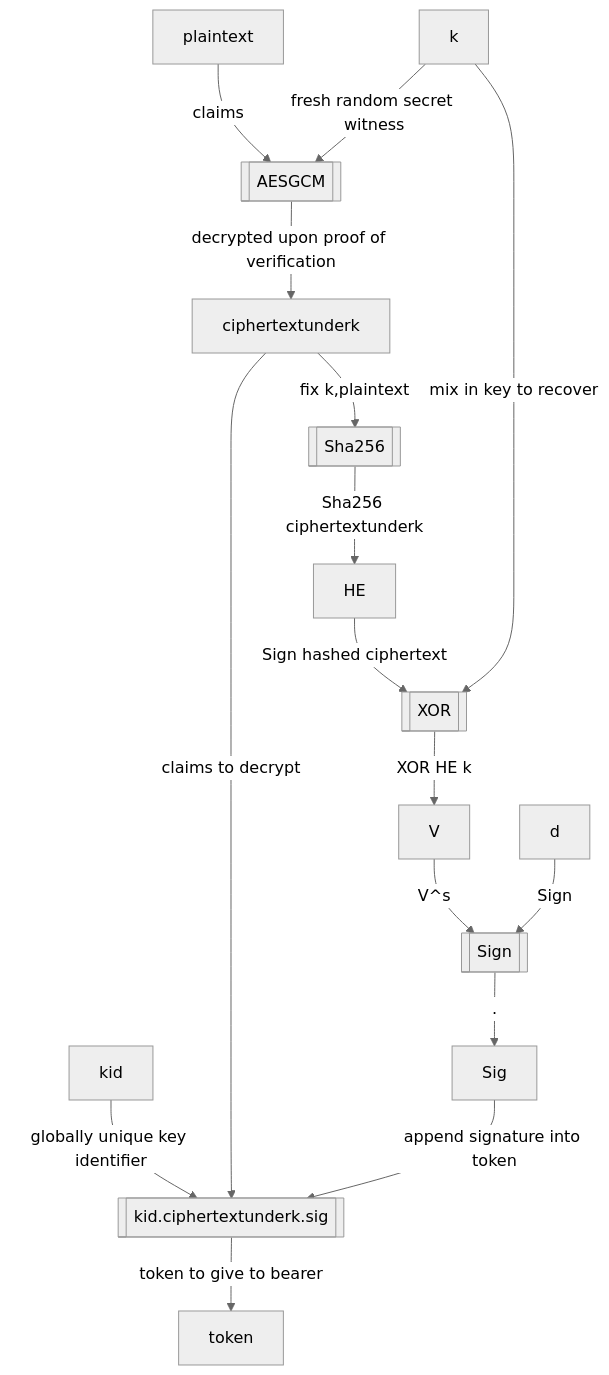
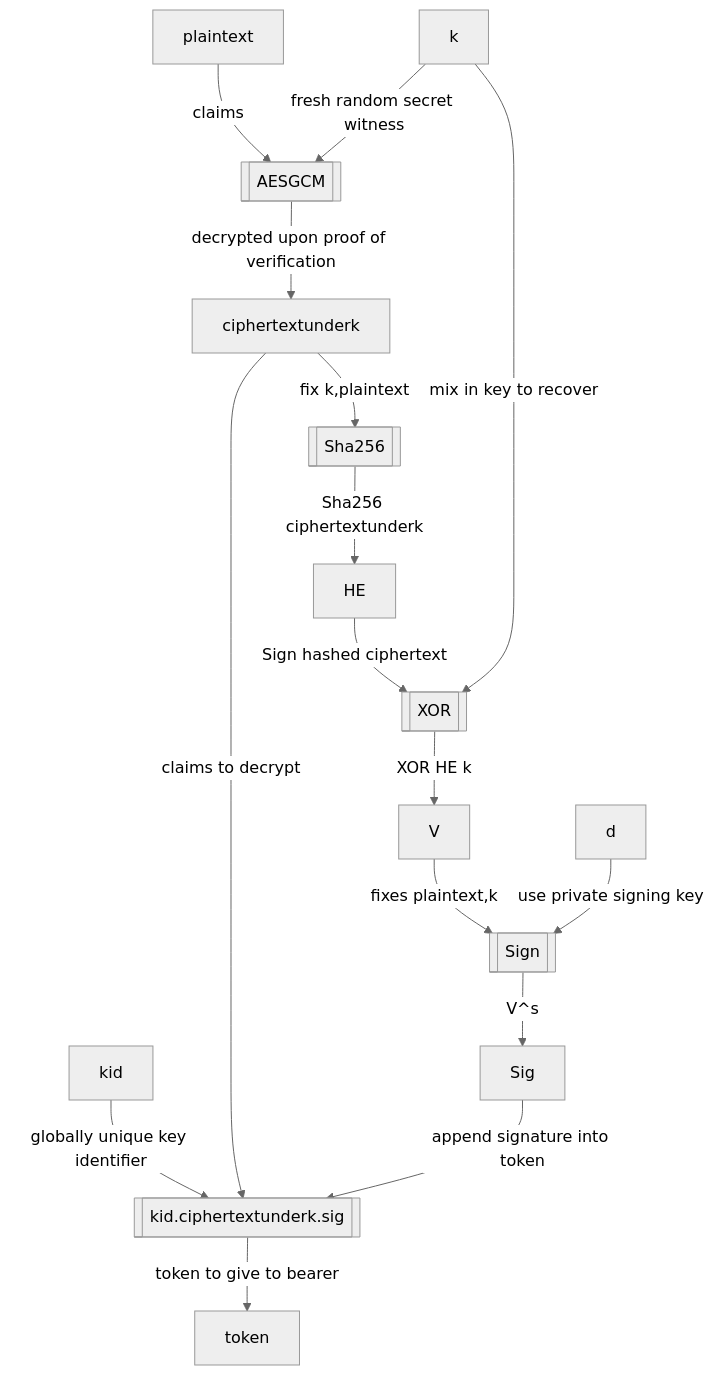
The second of 2 diagrams in README.md (rfielding/whiskeyTango), drawn with Mermaid (neutral theme) before and after one commit.

Commit message:
update diagram

````diff
--- a/README.md
+++ b/README.md
@@ -94,23 +94,23 @@
 ```mermaid
 flowchart TB
   AESGCM[[AESGCM]]
   APPENDB64WithDots[[kid.ciphertextunderk.sig]]
   plaintext-- claims -->AESGCM
   k-- fresh random secret witness -->AESGCM
   AESGCM-- decrypted upon proof of verification -->ciphertextunderk
   kid-- globally unique key identifier -->APPENDB64WithDots
   ciphertextunderk-- claims to decrypt -->APPENDB64WithDots
   APPENDB64WithDots-- token to give to bearer -->token
   Sha256[[Sha256]]
   ciphertextunderk-- fix k,plaintext -->Sha256
   XOR[[XOR]]
   Sign[[Sign]]
   Sha256-- Sha256 ciphertextunderk -->HE
   HE-- Sign hashed ciphertext  -->XOR
   k-- mix in key to recover -->XOR
   XOR-- XOR HE k -->V
-  V-- V^s -->Sign
-  d-- Sign -->Sign
-  Sign-- . -->Sig
+  V-- fixes plaintext,k -->Sign
+  d-- use private signing key -->Sign
+  Sign-- V^s -->Sig
   Sig-- append signature into token -->APPENDB64WithDots
 ```
````
